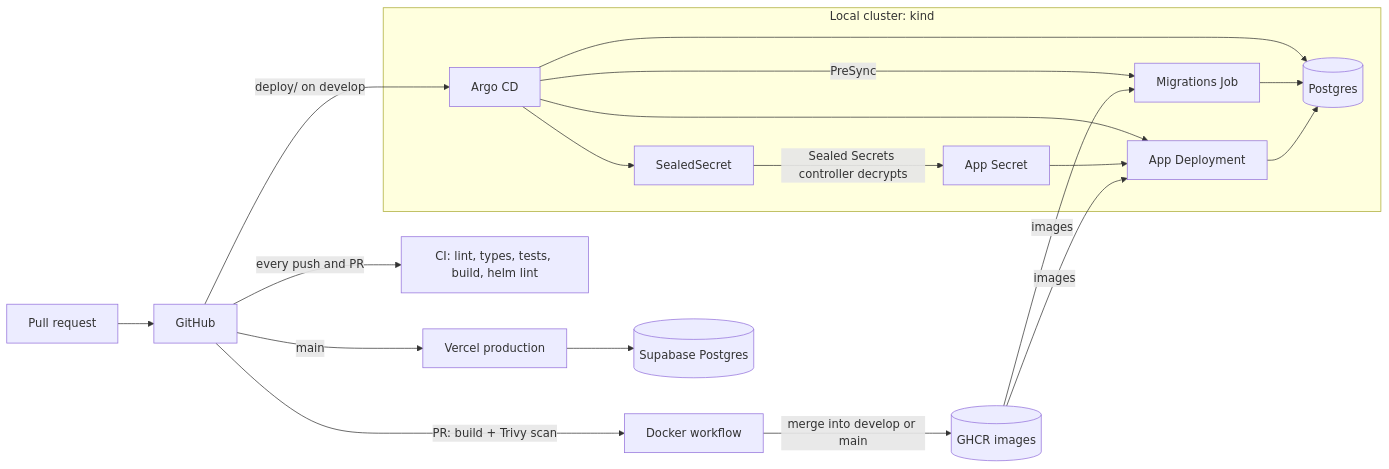
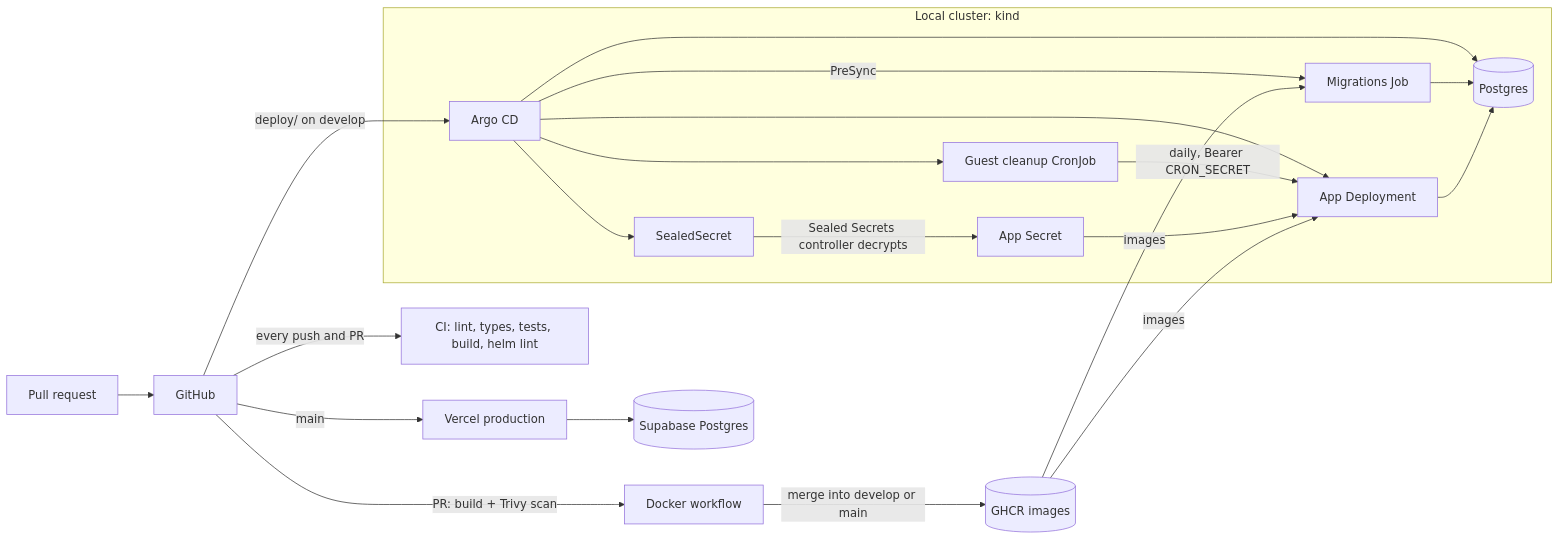
One commit to Ziad-Alghawi/nextjs-quiz-ai changed the second of 2 diagrams in README.md. Above: the diagram before and after it, drawn with Mermaid. The commit also changed other lines of this file, not shown here.

First line of the commit message:
docs: describe the guest trial, sharing and end-to-end tests in the README

````diff
--- a/README.md
+++ b/README.md
@@ -199,21 +231,23 @@
 ```mermaid
 flowchart LR
   PR[Pull request] --> GH[GitHub]
   GH -->|every push and PR| CI[CI: lint, types, tests, build, helm lint]
   GH -->|PR: build + Trivy scan| DW[Docker workflow]
   DW -->|merge into develop or main| GHCR[(GHCR images)]
   GH -->|main| Vercel[Vercel production] --> Supabase[(Supabase Postgres)]
   subgraph kind[Local cluster: kind]
     Argo[Argo CD] -->|PreSync| Job[Migrations Job]
     Argo --> App[App Deployment]
+    Argo --> Cron[Guest cleanup CronJob]
+    Cron -->|daily, Bearer CRON_SECRET| App
     Argo --> PG[(Postgres)]
     Argo --> SS[SealedSecret]
     SS -->|Sealed Secrets controller decrypts| Secret[App Secret]
     Secret --> App
     Job --> PG
     App --> PG
   end
   GH -->|deploy/ on develop| Argo
   GHCR -->|images| App
   GHCR -->|images| Job
 ```
````
